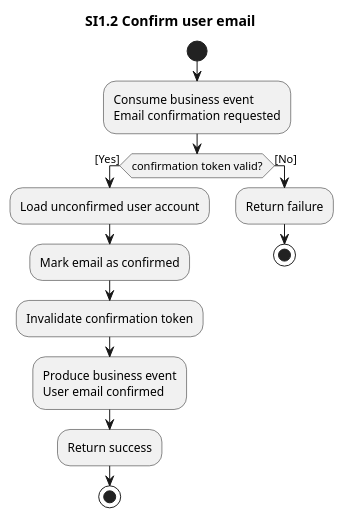
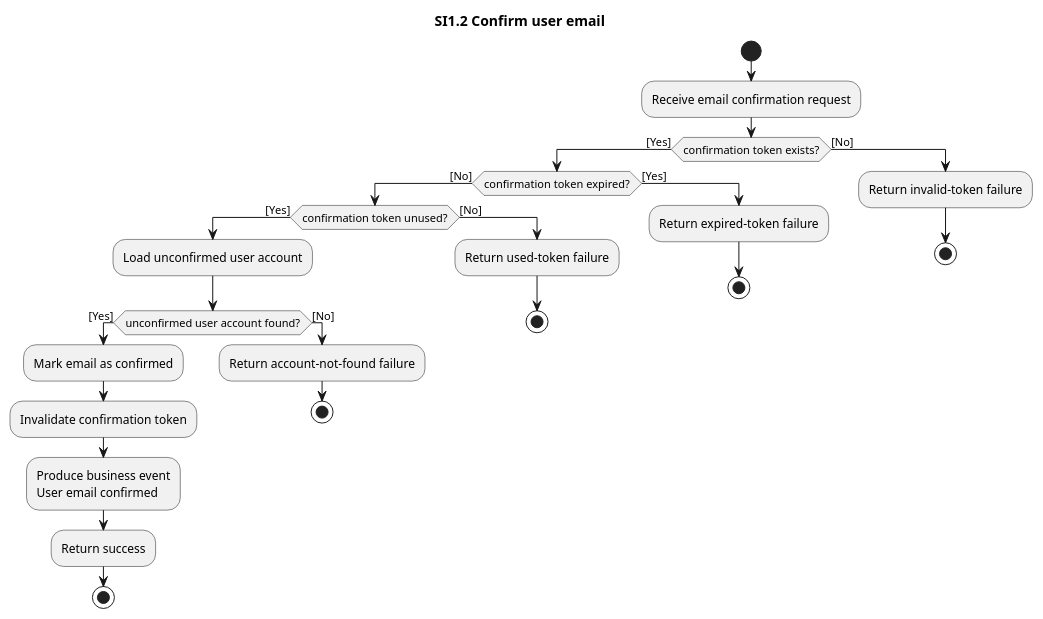
One commit to ottolote/fixme changed the diagram in docs/business/system-interactions/diagrams/si1.2-confirm-user-email.pu. Above: the diagram before and after it, drawn with PlantUML. The commit also changed 33 other files, not shown here.

Commit message:
add all conditionals etc to system interaction diagrams

```diff
--- a/docs/business/system-interactions/diagrams/si1.2-confirm-user-email.pu
+++ b/docs/business/system-interactions/diagrams/si1.2-confirm-user-email.pu
@@ -1,21 +1,35 @@
 @startuml si1.2-confirm-user-email
 title SI1.2 Confirm user email
 
 start
-:Consume business event
-Email confirmation requested;
+:Receive email confirmation request;
 
-if (confirmation token valid?) then ([Yes])
-  :Load unconfirmed user account;
-  :Mark email as confirmed;
-  :Invalidate confirmation token;
-  :Produce business event
+if (confirmation token exists?) then ([Yes])
+  if (confirmation token expired?) then ([No])
+    if (confirmation token unused?) then ([Yes])
+      :Load unconfirmed user account;
+      if (unconfirmed user account found?) then ([Yes])
+        :Mark email as confirmed;
+        :Invalidate confirmation token;
+        :Produce business event
 User email confirmed;
-  :Return success;
-  stop
+        :Return success;
+        stop
+      else ([No])
+        :Return account-not-found failure;
+        stop
+      endif
+    else ([No])
+      :Return used-token failure;
+      stop
+    endif
+  else ([Yes])
+    :Return expired-token failure;
+    stop
+  endif
 else ([No])
-  :Return failure;
+  :Return invalid-token failure;
   stop
 endif
 
 @enduml
```
